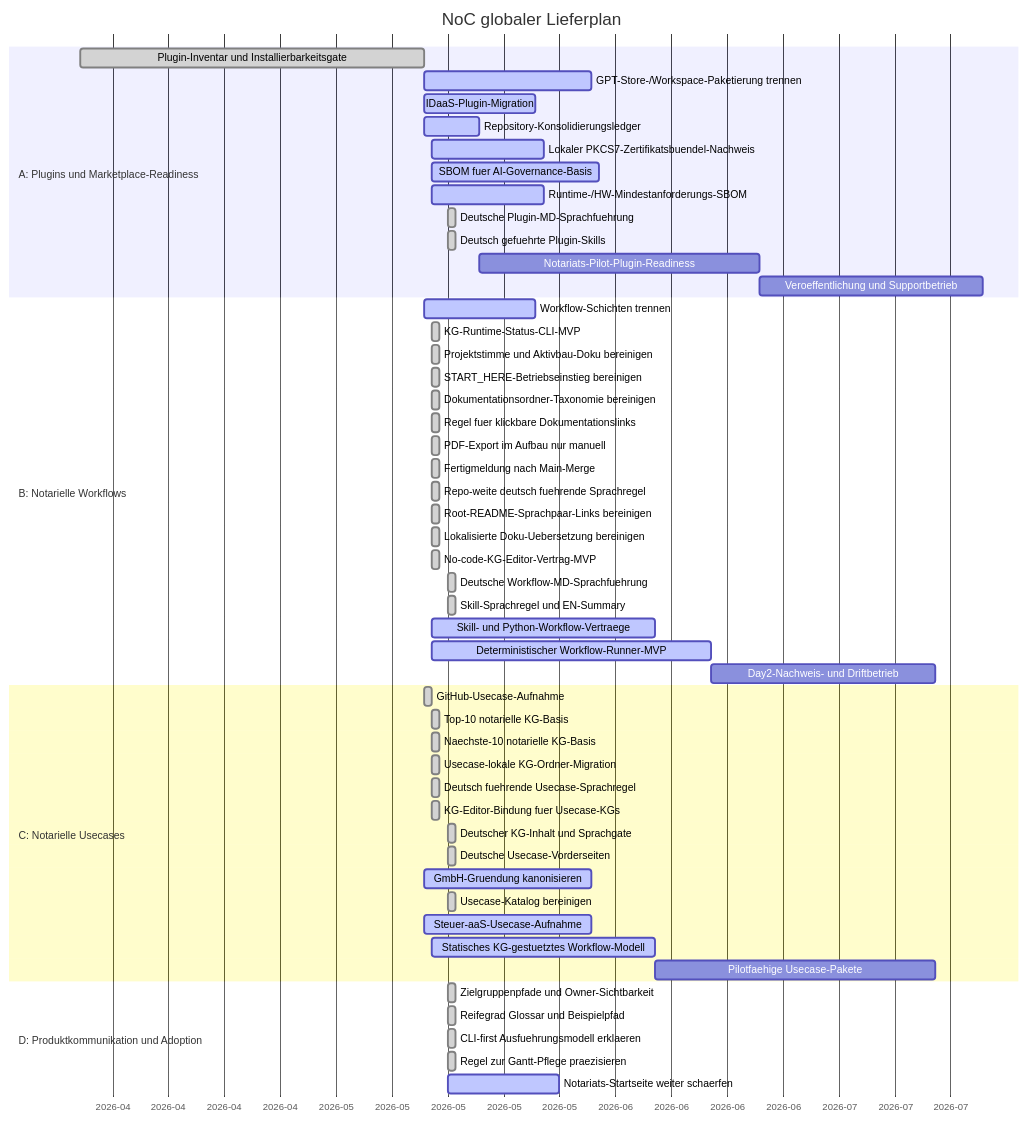
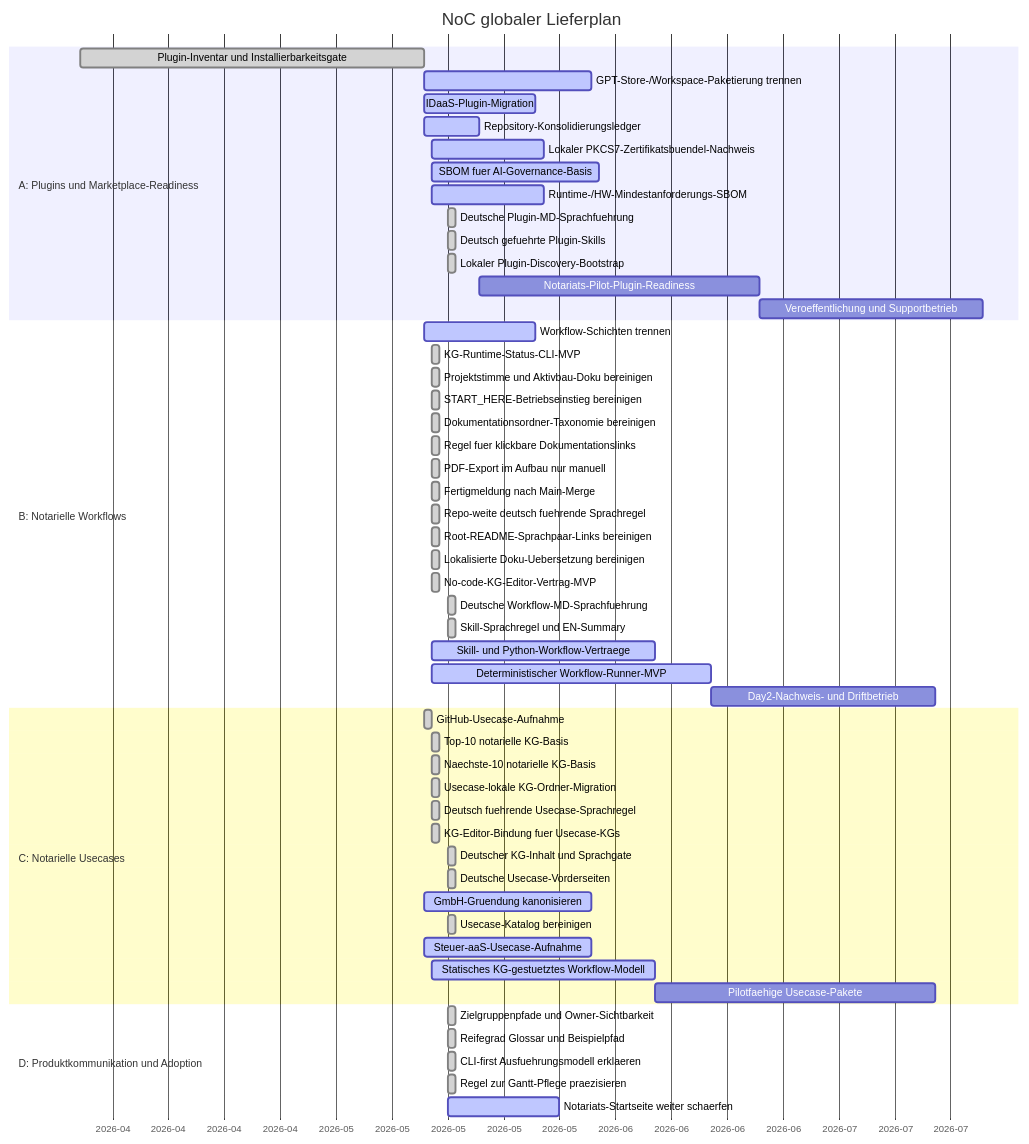
One commit to notariat8/NaC changed the diagram in roadmap/GANTT.md. Above: the diagram before and after it, drawn with Mermaid. The commit also changed other lines of this file and 17 other files, not shown here.

Commit message:
Add local Codex plugin bootstrap

````diff
--- a/roadmap/GANTT.md
+++ b/roadmap/GANTT.md
@@ -14,60 +14,61 @@
 ```mermaid
 gantt
     title NoC globaler Lieferplan
     dateFormat  YYYY-MM-DD
     axisFormat  %Y-%m
 
     section A: Plugins und Marketplace-Readiness
     Plugin-Inventar und Installierbarkeitsgate   :done,    a1, 2026-04-01, 2026-05-14
     GPT-Store-/Workspace-Paketierung trennen     :active,  a2, 2026-05-14, 21d
     IDaaS-Plugin-Migration                       :active,  a3, 2026-05-14, 14d
     Repository-Konsolidierungsledger             :active,  a4, 2026-05-14, 7d
     Lokaler PKCS7-Zertifikatsbuendel-Nachweis    :active,  a4a, 2026-05-15, 14d
     SBOM fuer AI-Governance-Basis                :active,  a4b, 2026-05-15, 21d
     Runtime-/HW-Mindestanforderungs-SBOM         :active,  a4c, 2026-05-15, 14d
     Deutsche Plugin-MD-Sprachfuehrung            :done,    a4d, 2026-05-17, 1d
     Deutsch gefuehrte Plugin-Skills              :done,    a4e, 2026-05-17, 1d
+    Lokaler Plugin-Discovery-Bootstrap           :done,    a4f, 2026-05-17, 1d
     Notariats-Pilot-Plugin-Readiness             :         a5, after a4, 35d
     Veroeffentlichung und Supportbetrieb         :         a6, after a5, 28d
 
     section B: Notarielle Workflows
     Workflow-Schichten trennen                   :active,  b1, 2026-05-14, 14d
     KG-Runtime-Status-CLI-MVP                    :done,    b1a, 2026-05-15, 1d
     Projektstimme und Aktivbau-Doku bereinigen   :done,    b1b, 2026-05-15, 1d
     START_HERE-Betriebseinstieg bereinigen       :done,    b1c, 2026-05-15, 1d
     Dokumentationsordner-Taxonomie bereinigen    :done,    b1d, 2026-05-15, 1d
     Regel fuer klickbare Dokumentationslinks     :done,    b1e, 2026-05-15, 1d
     PDF-Export im Aufbau nur manuell             :done,    b1f, 2026-05-15, 1d
     Fertigmeldung nach Main-Merge                :done,    b1g, 2026-05-15, 1d
     Repo-weite deutsch fuehrende Sprachregel     :done,    b1h, 2026-05-15, 1d
     Root-README-Sprachpaar-Links bereinigen      :done,    b1i, 2026-05-15, 1d
     Lokalisierte Doku-Uebersetzung bereinigen    :done,    b1j, 2026-05-15, 1d
     No-code-KG-Editor-Vertrag-MVP                :done,    b1k, 2026-05-15, 1d
     Deutsche Workflow-MD-Sprachfuehrung          :done,    b1l, 2026-05-17, 1d
     Skill-Sprachregel und EN-Summary             :done,    b1m, 2026-05-17, 1d
     Skill- und Python-Workflow-Vertraege         :active,  b2, 2026-05-15, 28d
     Deterministischer Workflow-Runner-MVP        :active,  b3, 2026-05-15, 35d
     Day2-Nachweis- und Driftbetrieb              :         b4, after b3, 28d
 
     section C: Notarielle Usecases
     GitHub-Usecase-Aufnahme                      :done,    c1, 2026-05-14, 1d
     Top-10 notarielle KG-Basis                   :done,    c2, 2026-05-15, 1d
     Naechste-10 notarielle KG-Basis              :done,    c3, 2026-05-15, 1d
     Usecase-lokale KG-Ordner-Migration           :done,    c3a, 2026-05-15, 1d
     Deutsch fuehrende Usecase-Sprachregel        :done,    c3b, 2026-05-15, 1d
     KG-Editor-Bindung fuer Usecase-KGs           :done,    c3c, 2026-05-15, 1d
     Deutscher KG-Inhalt und Sprachgate           :done,    c3d, 2026-05-17, 1d
     Deutsche Usecase-Vorderseiten                :done,    c3e, 2026-05-17, 1d
     GmbH-Gruendung kanonisieren                  :active,  c4, 2026-05-14, 21d
     Usecase-Katalog bereinigen                 :done,    c5, 2026-05-17, 1d
     Steuer-aaS-Usecase-Aufnahme                  :active,  c6, 2026-05-14, 21d
     Statisches KG-gestuetztes Workflow-Modell    :active,  c7, 2026-05-15, 28d
     Pilotfaehige Usecase-Pakete                  :         c8, after c7, 35d
 
     section D: Produktkommunikation und Adoption
     Zielgruppenpfade und Owner-Sichtbarkeit      :done,    d1, 2026-05-17, 1d
     Reifegrad Glossar und Beispielpfad           :done,    d1a, 2026-05-17, 1d
     CLI-first Ausfuehrungsmodell erklaeren       :done,    d1b, 2026-05-17, 1d
     Regel zur Gantt-Pflege praezisieren         :done,    d1c, 2026-05-17, 1d
     Notariats-Startseite weiter schaerfen        :active,  d2, 2026-05-17, 14d
 ```
````
